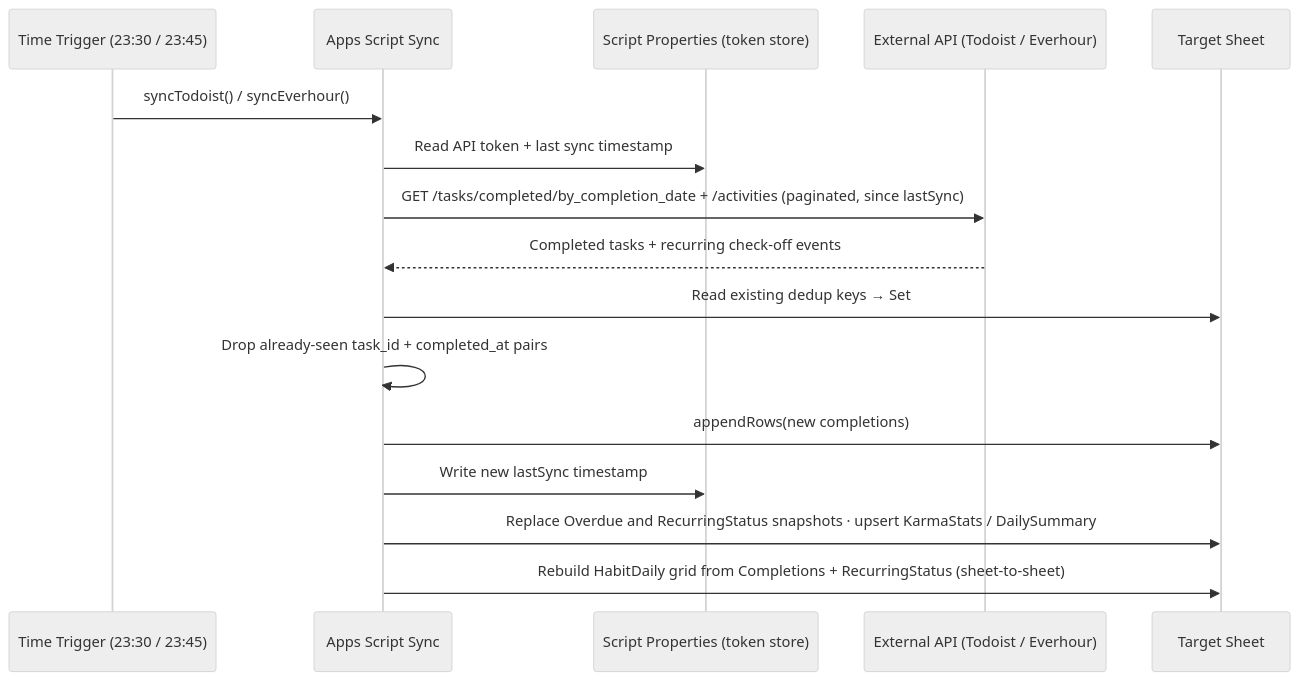
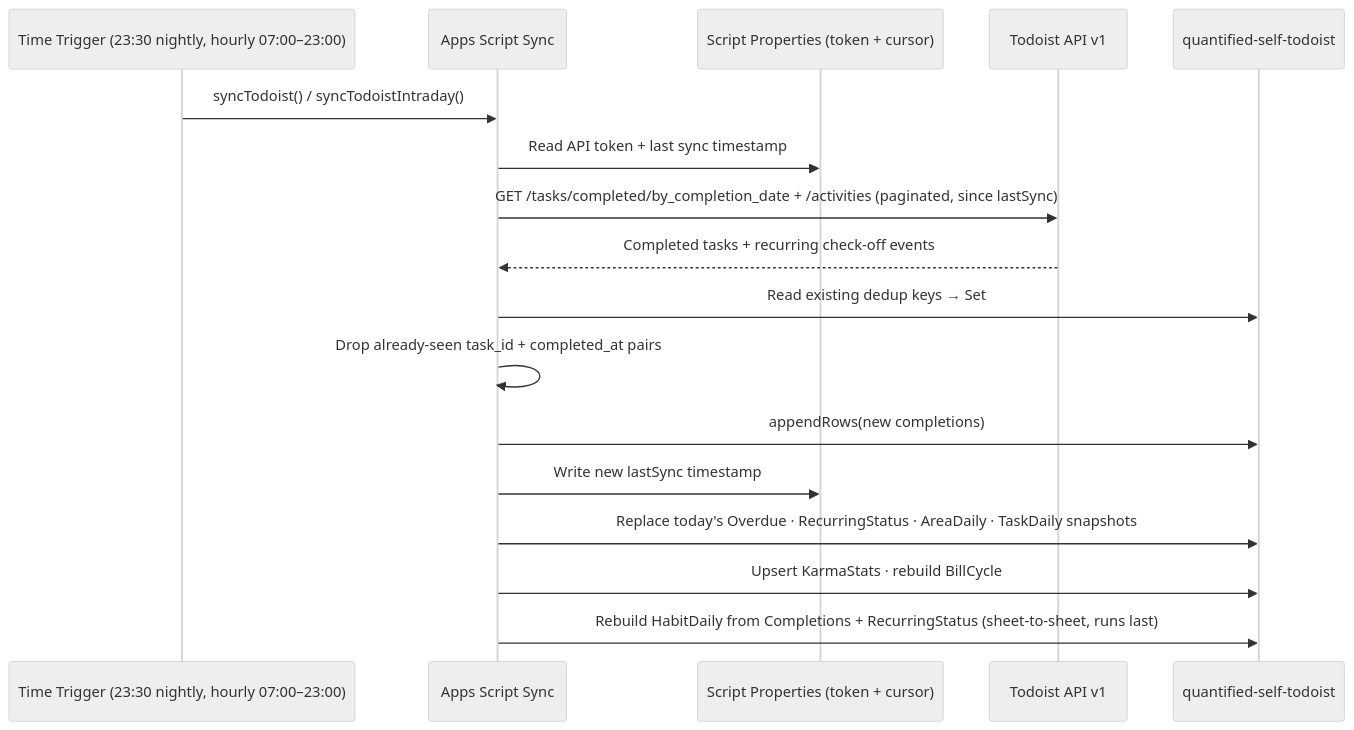
Before and after one commit to AlbertoMata/quantified-self: the third of 4 diagrams in docs/diagrams.md, drawn with Mermaid (neutral theme). The commit also changed other lines of this file and 97 other files, not shown here.

````diff
--- a/docs/diagrams.md
+++ b/docs/diagrams.md
@@ -81,19 +91,20 @@
 ```mermaid
 sequenceDiagram
-    participant TR as Time Trigger (23:30 / 23:45)
+    participant TR as Time Trigger (23:30 nightly, hourly 07:00–23:00)
     participant GAS as Apps Script Sync
-    participant SP as Script Properties (token store)
-    participant API as External API (Todoist / Everhour)
-    participant SH as Target Sheet
+    participant SP as Script Properties (token + cursor)
+    participant API as Todoist API v1
+    participant SH as quantified-self-todoist
 
-    TR->>GAS: syncTodoist() / syncEverhour()
+    TR->>GAS: syncTodoist() / syncTodoistIntraday()
     GAS->>SP: Read API token + last sync timestamp
     GAS->>API: GET /tasks/completed/by_completion_date + /activities (paginated, since lastSync)
     API-->>GAS: Completed tasks + recurring check-off events
     GAS->>SH: Read existing dedup keys → Set
     GAS->>GAS: Drop already-seen task_id + completed_at pairs
     GAS->>SH: appendRows(new completions)
     GAS->>SP: Write new lastSync timestamp
-    GAS->>SH: Replace Overdue and RecurringStatus snapshots · upsert KarmaStats / DailySummary
-    GAS->>SH: Rebuild HabitDaily grid from Completions + RecurringStatus (sheet-to-sheet)
+    GAS->>SH: Replace today's Overdue · RecurringStatus · AreaDaily · TaskDaily snapshots
+    GAS->>SH: Upsert KarmaStats · rebuild BillCycle
+    GAS->>SH: Rebuild HabitDaily from Completions + RecurringStatus (sheet-to-sheet, runs last)
 ```
````
